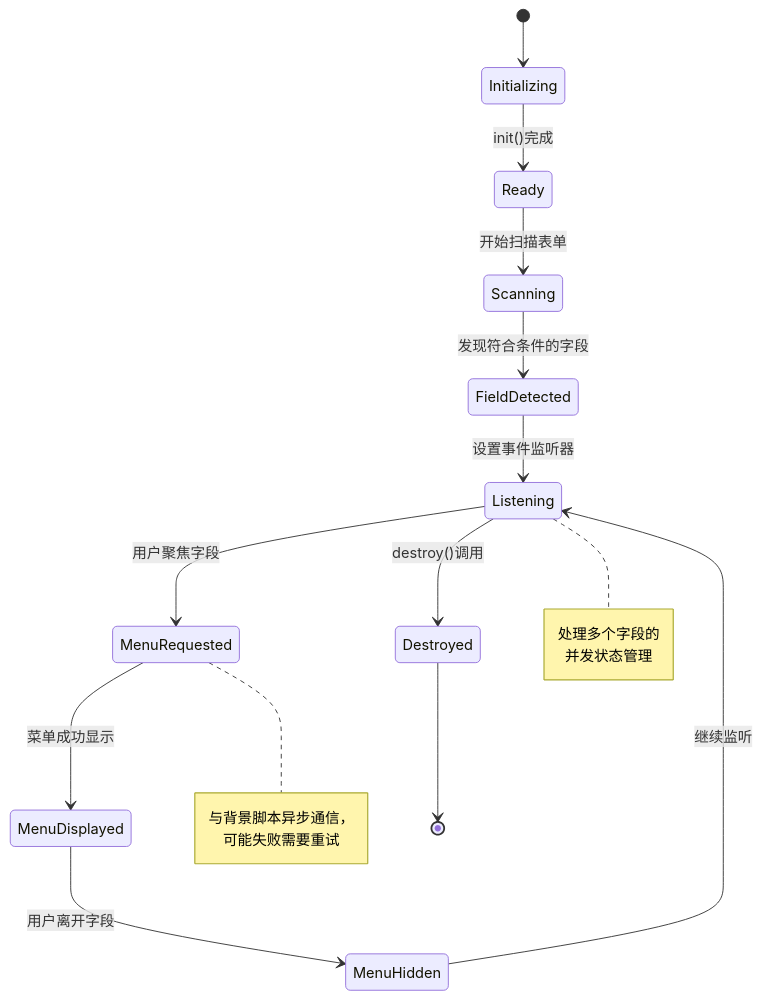
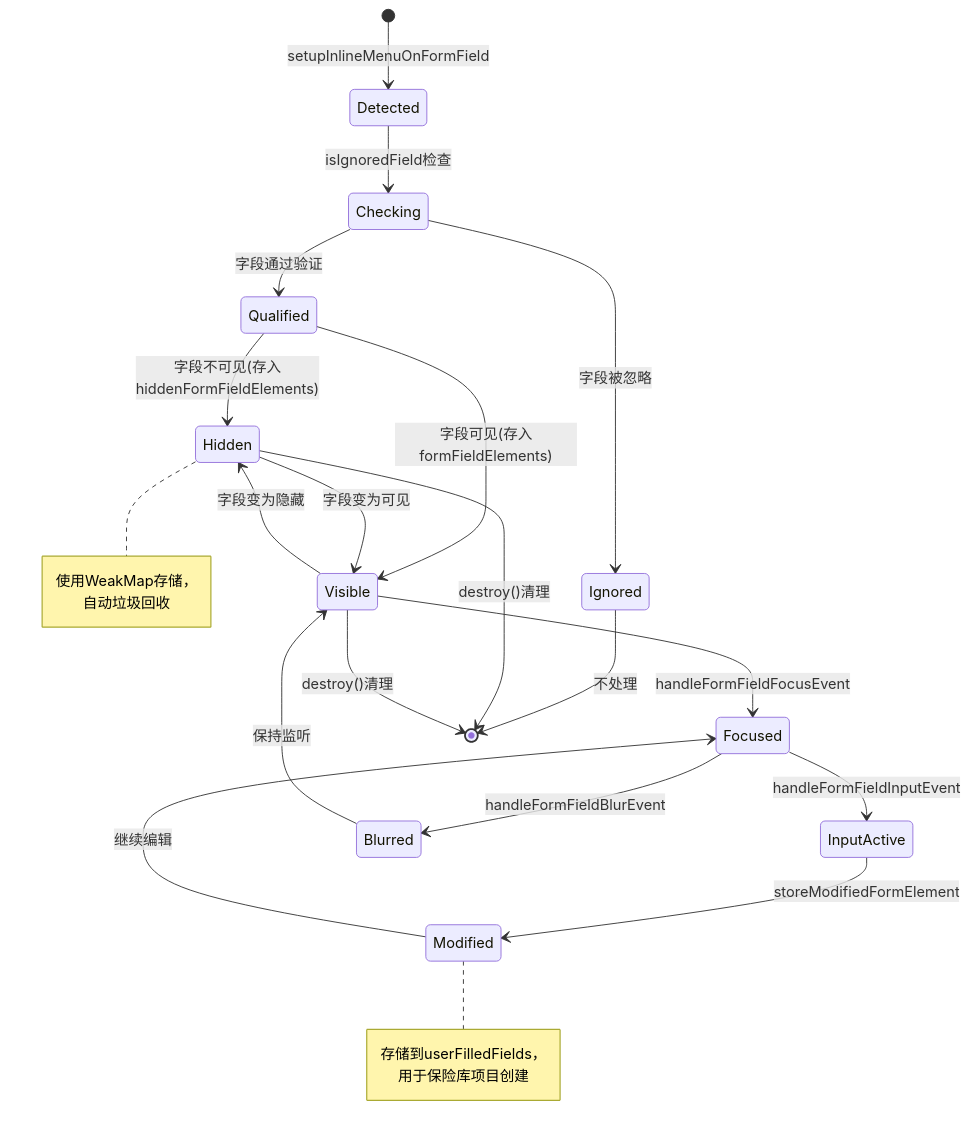
The ninth of 9 diagrams in apps/browser/docs/autofill-overlay-content-service-analysis.md (cloudou/bitwarden-clients), drawn with Mermaid before and after one commit. The commit also changed other lines of this file and 1 other file, not shown here.

First line of the commit message:
Enhance documentation for AutofillOverlayContentService and InlineMenuFieldQualificationService

````diff
--- a/apps/browser/docs/autofill-overlay-content-service-analysis.md
+++ b/apps/browser/docs/autofill-overlay-content-service-analysis.md
@@ -687,24 +754,36 @@
 ```mermaid
 stateDiagram-v2
-    [*] --> Initializing
-    Initializing --> Ready: init()完成
-    Ready --> Scanning: 开始扫描表单
-    Scanning --> FieldDetected: 发现符合条件的字段
-    FieldDetected --> Listening: 设置事件监听器
-    Listening --> MenuRequested: 用户聚焦字段
-    MenuRequested --> MenuDisplayed: 菜单成功显示
-    MenuDisplayed --> MenuHidden: 用户离开字段
-    MenuHidden --> Listening: 继续监听
-    Listening --> Destroyed: destroy()调用
-    Destroyed --> [*]
+    [*] --> Detected: setupInlineMenuOnFormField
+    Detected --> Checking: isIgnoredField检查
+    Checking --> Ignored: 字段被忽略
+    Checking --> Qualified: 字段通过验证
 
-    note right of MenuRequested
-        与背景脚本异步通信，
-        可能失败需要重试
+    Qualified --> Hidden: 字段不可见(存入hiddenFormFieldElements)
+    Qualified --> Visible: 字段可见(存入formFieldElements)
+
+    Hidden --> Visible: 字段变为可见
+    Visible --> Hidden: 字段变为隐藏
+
+    Visible --> Focused: handleFormFieldFocusEvent
+    Focused --> InputActive: handleFormFieldInputEvent
+
+    InputActive --> Modified: storeModifiedFormElement
+    Modified --> Focused: 继续编辑
+
+    Focused --> Blurred: handleFormFieldBlurEvent
+    Blurred --> Visible: 保持监听
+
+    Ignored --> [*]: 不处理
+    Hidden --> [*]: destroy()清理
+    Visible --> [*]: destroy()清理
+
+    note right of Hidden
+        使用WeakMap存储，
+        自动垃圾回收
     end note
 
-    note right of Listening
-        处理多个字段的
-        并发状态管理
+    note right of Modified
+        存储到userFilledFields，
+        用于保险库项目创建
     end note
 ```
````
